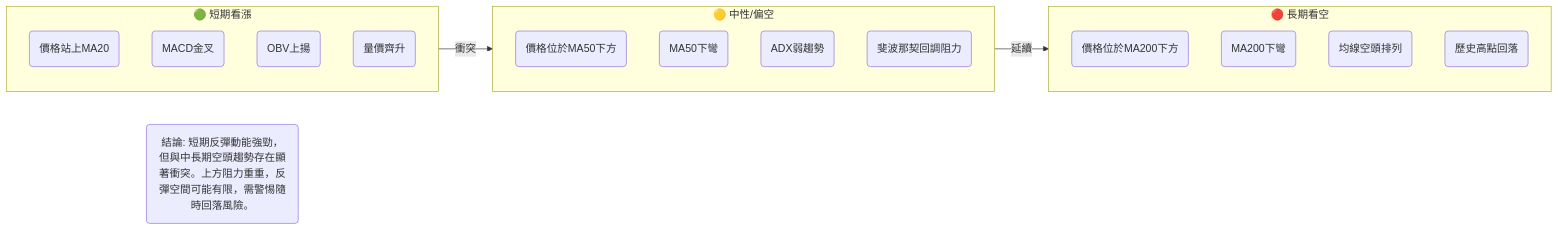
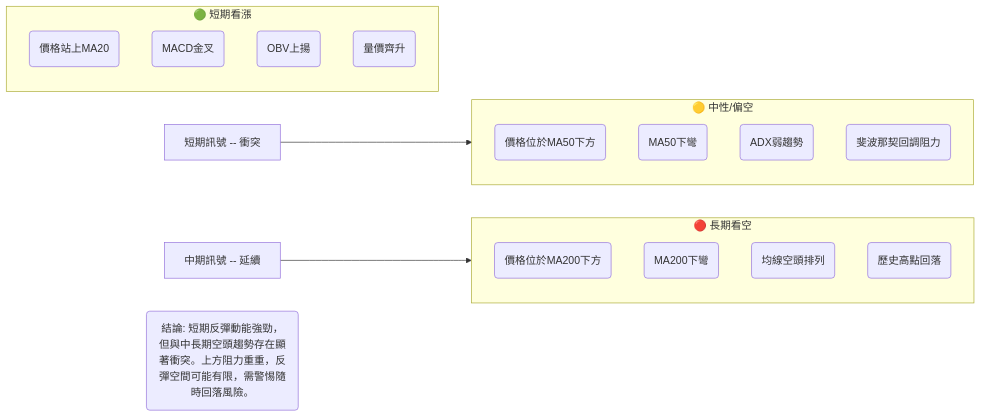
One commit to yennanliu/finance_data changed the tenth of 12 diagrams in ai_gen_report/stock/meta/technical_analysis_2026-07-06_gemini.md. Above: the diagram before and after it, drawn with Mermaid. The commit also changed other lines of this file and 2258 other files, not shown here.

First line of the commit message:
chore: backfill Mermaid syntax repair across existing reports

````diff
--- a/ai_gen_report/stock/meta/technical_analysis_2026-07-06_gemini.md
+++ b/ai_gen_report/stock/meta/technical_analysis_2026-07-06_gemini.md
@@ -615,28 +615,28 @@
 ```mermaid
 graph LR
-    subgraph 短期訊號 [🟢 短期看漲]
-        S1(價格站上MA20)
-        S2(MACD金叉)
-        S3(OBV上揚)
-        S4(量價齊升)
+    subgraph 短期訊號 ["🟢 短期看漲"]
+        S1("價格站上MA20")
+        S2("MACD金叉")
+        S3("OBV上揚")
+        S4("量價齊升")
     end
 
-    subgraph 中期訊號 [🟡 中性/偏空]
-        M1(價格位於MA50下方)
-        M2(MA50下彎)
-        M3(ADX弱趨勢)
-        M4(斐波那契回調阻力)
+    subgraph 中期訊號 ["🟡 中性/偏空"]
+        M1("價格位於MA50下方")
+        M2("MA50下彎")
+        M3("ADX弱趨勢")
+        M4("斐波那契回調阻力")
     end
 
-    subgraph 長期訊號 [🔴 長期看空]
-        L1(價格位於MA200下方)
-        L2(MA200下彎)
-        L3(均線空頭排列)
-        L4(歷史高點回落)
+    subgraph 長期訊號 ["🔴 長期看空"]
+        L1("價格位於MA200下方")
+        L2("MA200下彎")
+        L3("均線空頭排列")
+        L4("歷史高點回落")
     end
 
-    短期訊號 -- 衝突 --> 中期訊號
-    中期訊號 -- 延續 --> 長期訊號
+    nb1["短期訊號 -- 衝突"] --> 中期訊號
+    nb2["中期訊號 -- 延續"] --> 長期訊號
 
-    綜合判斷(結論: 短期反彈動能強勁，但與中長期空頭趨勢存在顯著衝突。上方阻力重重，反彈空間可能有限，需警惕隨時回落風險。)
+    綜合判斷("結論: 短期反彈動能強勁，但與中長期空頭趨勢存在顯著衝突。上方阻力重重，反彈空間可能有限，需警惕隨時回落風險。")
 ```
````
